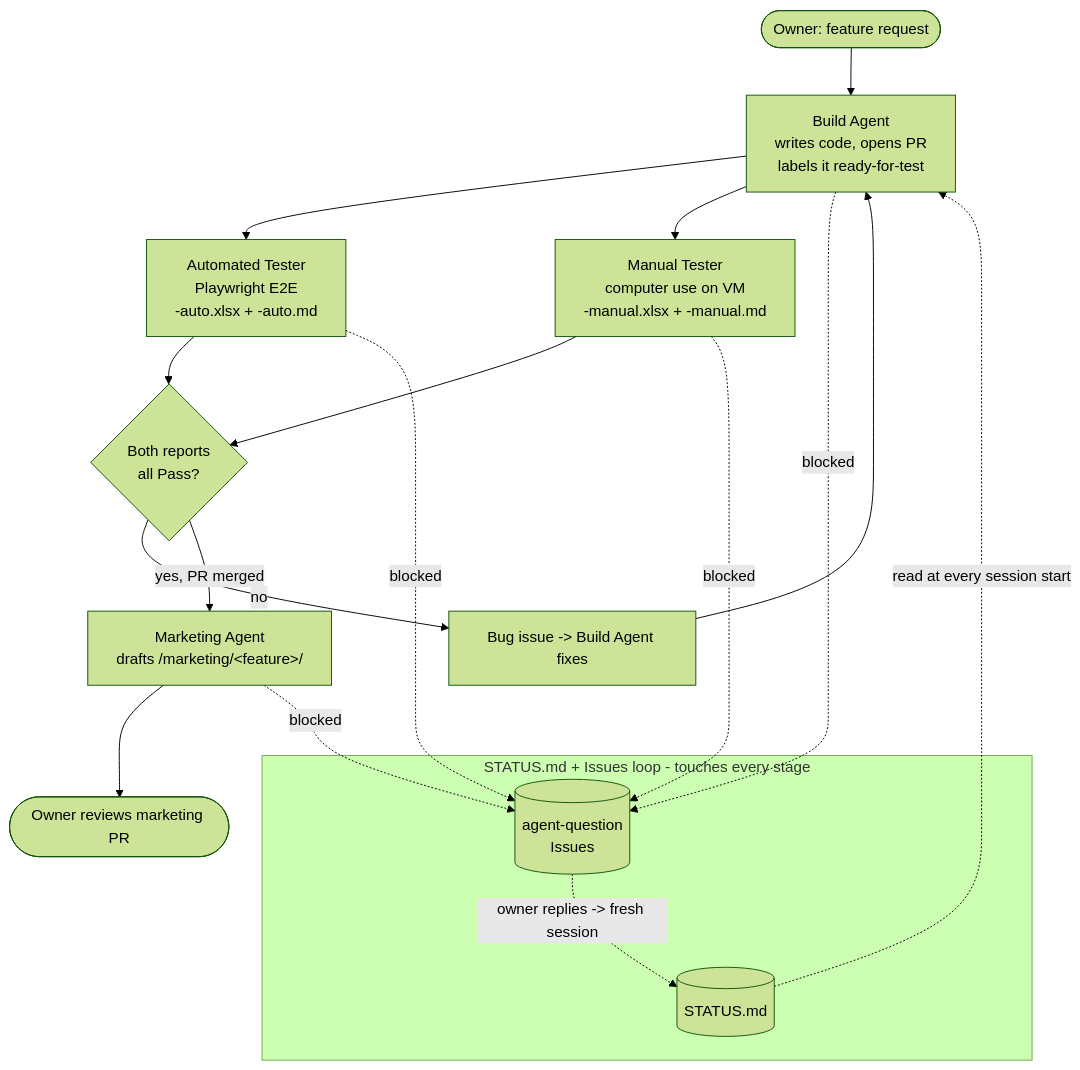
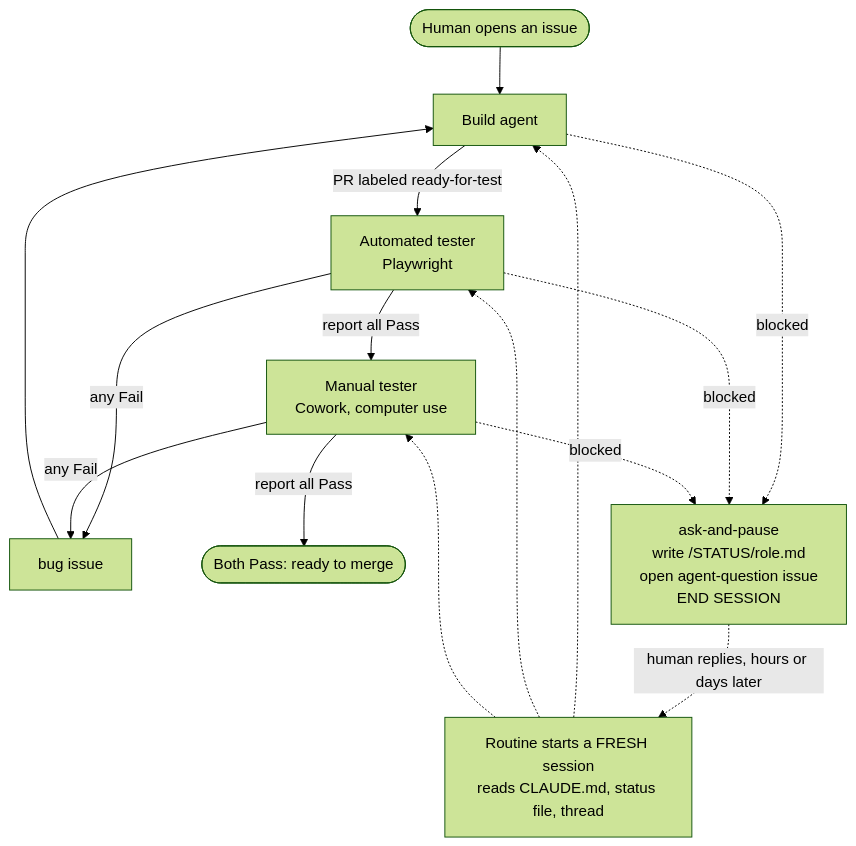
Before and after one commit to twentyTwo/waypost-agent: the diagram in docs/pipeline-architecture.md, drawn with Mermaid (forest theme). The commit also changed other lines of this file and 19 other files, not shown here.

````diff
--- a/docs/pipeline-architecture.md
+++ b/docs/pipeline-architecture.md
@@ -41,26 +15,20 @@
 ```mermaid
 flowchart TD
-    O([Owner: feature request]) --> B[Build Agent<br/>writes code, opens PR<br/>labels it ready-for-test]
+    H([Human opens an issue]) --> B[Build agent]
+    B -->|PR labeled ready-for-test| AT["Automated tester<br/>Playwright"]
+    AT -->|report all Pass| MT["Manual tester<br/>Cowork, computer use"]
+    AT -->|any Fail| BUG[bug issue]
+    MT -->|any Fail| BUG
+    BUG --> B
+    MT -->|report all Pass| DONE([Both Pass: ready to merge])
 
-    B --> AT[Automated Tester<br/>Playwright E2E<br/>-auto.xlsx + -auto.md]
-    B --> MT[Manual Tester<br/>computer use on VM<br/>-manual.xlsx + -manual.md]
-
-    AT --> R{Both reports<br/>all Pass?}
-    MT --> R
-
-    R -- no --> BUG[Bug issue -> Build Agent fixes] --> B
-    R -- yes, PR merged --> MK[Marketing Agent<br/>drafts /marketing/&lt;feature&gt;/]
-    MK --> O2([Owner reviews marketing PR])
-
-    subgraph LOOP [STATUS.md + Issues loop - touches every stage]
-      S[(STATUS.md)]
-      I[(agent-question<br/>Issues)]
-    end
-
-    B -. blocked .-> I
-    AT -. blocked .-> I
-    MT -. blocked .-> I
-    MK -. blocked .-> I
-    I -. owner replies -> fresh session .-> S
-    S -. read at every session start .-> B
+    B -.blocked.-> ASK
+    AT -.blocked.-> ASK
+    MT -.blocked.-> ASK
+    ASK["ask-and-pause<br/>write /STATUS/role.md<br/>open agent-question issue<br/>END SESSION"]
+    ASK -.->|human replies, hours or days later| RESUME
+    RESUME["Routine starts a FRESH session<br/>reads CLAUDE.md, status file, thread"]
+    RESUME -.-> B
+    RESUME -.-> AT
+    RESUME -.-> MT
 ```
````
